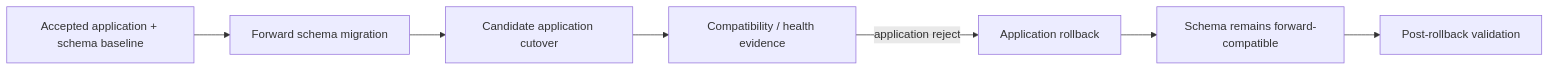
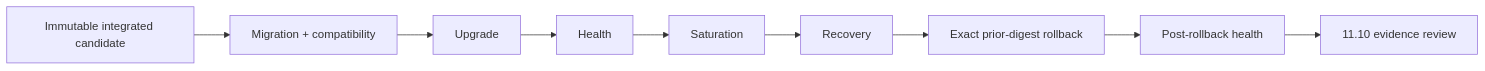
One commit to GJvManen/dtmo changed the diagram in docs/project/CURRENT_STATE.md. Above: the diagram before and after it, drawn with Mermaid. The commit also changed other lines of this file, not shown here.

````diff
--- a/docs/project/CURRENT_STATE.md
+++ b/docs/project/CURRENT_STATE.md
@@ -54,9 +46,11 @@
 ```mermaid
 flowchart LR
-    B[Accepted application + schema baseline] --> M[Forward schema migration]
-    M --> C[Candidate application cutover]
-    C --> O[Compatibility / health evidence]
-    O -->|application reject| R[Application rollback]
-    R --> S[Schema remains forward-compatible]
-    S --> V[Post-rollback validation]
+    I[Immutable integrated candidate] --> M[Migration + compatibility]
+    M --> U[Upgrade]
+    U --> H[Health]
+    H --> S[Saturation]
+    S --> R[Recovery]
+    R --> B[Exact prior-digest rollback]
+    B --> V[Post-rollback health]
+    V --> A[11.10 evidence review]
 ```
````
